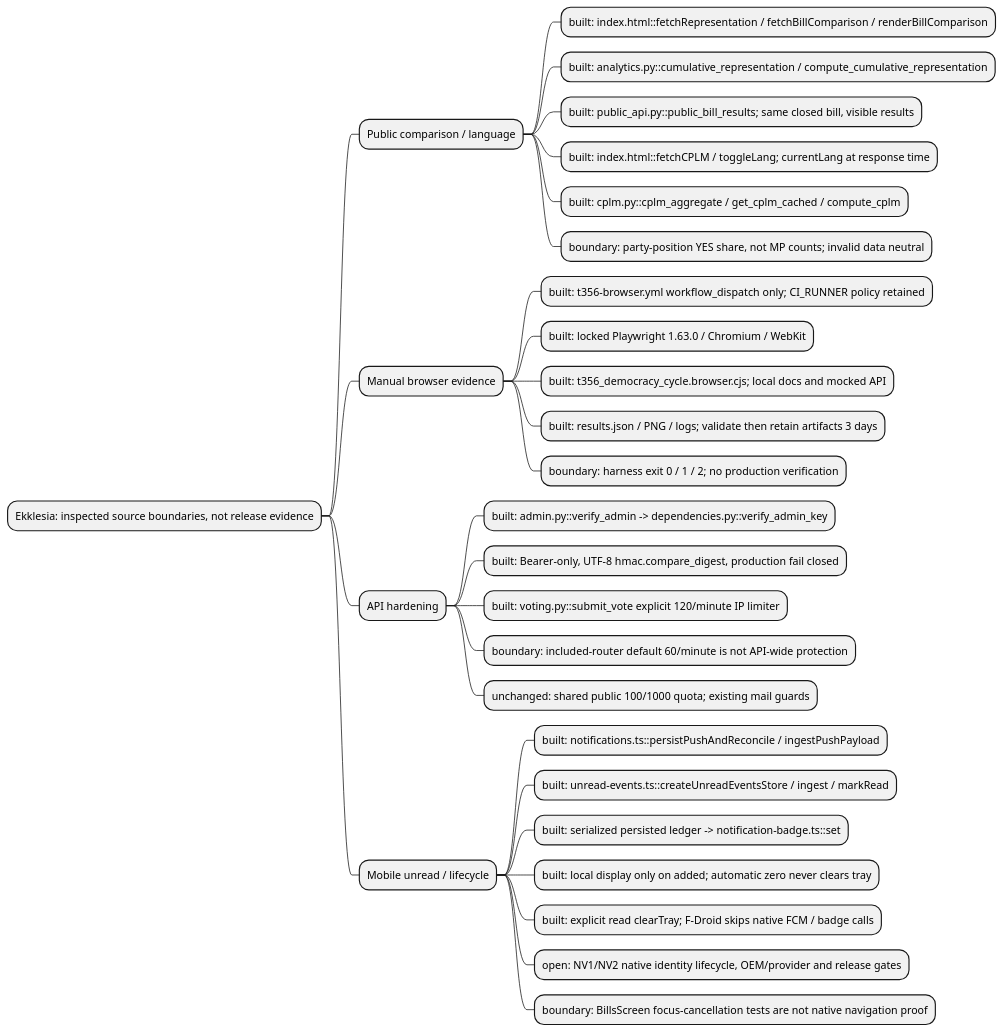
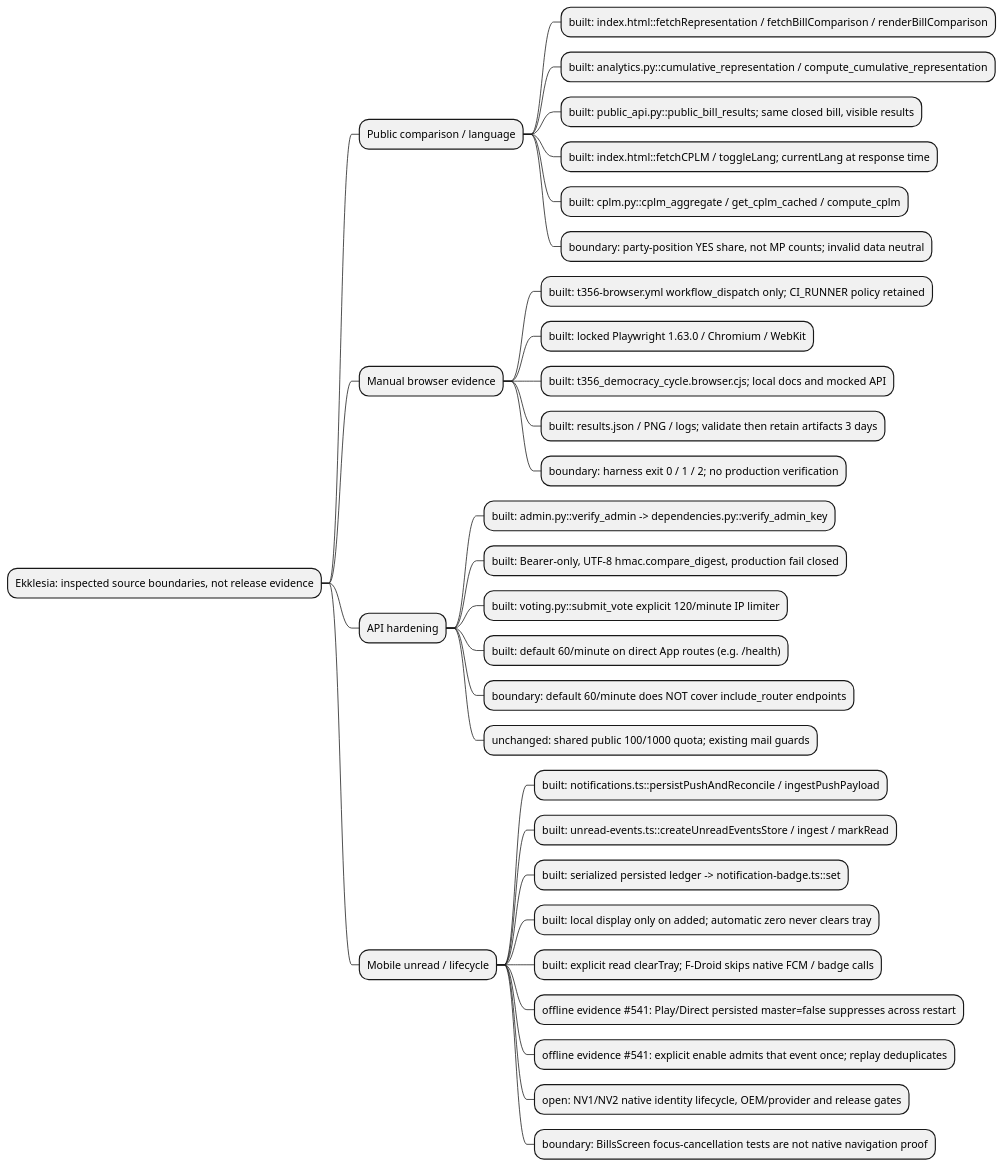
Diagram 41 of 42 in docs/architecture/map.puml (NeaBouli/pnyx), drawn with PlantUML before and after one commit. The commit also changed other lines of this file and 3 other files, not shown here.

Commit message:
docs: include #541 and clarify direct-route rate limits; keep status local

```diff
--- a/docs/architecture/map.puml
+++ b/docs/architecture/map.puml
@@ -864,30 +864,33 @@
 @startmindmap T9055_source_mindmap
 * Ekklesia: inspected source boundaries, not release evidence
 ** Public comparison / language
 *** built: index.html::fetchRepresentation / fetchBillComparison / renderBillComparison
 *** built: analytics.py::cumulative_representation / compute_cumulative_representation
 *** built: public_api.py::public_bill_results; same closed bill, visible results
 *** built: index.html::fetchCPLM / toggleLang; currentLang at response time
 *** built: cplm.py::cplm_aggregate / get_cplm_cached / compute_cplm
 *** boundary: party-position YES share, not MP counts; invalid data neutral
 ** Manual browser evidence
 *** built: t356-browser.yml workflow_dispatch only; CI_RUNNER policy retained
 *** built: locked Playwright 1.63.0 / Chromium / WebKit
 *** built: t356_democracy_cycle.browser.cjs; local docs and mocked API
 *** built: results.json / PNG / logs; validate then retain artifacts 3 days
 *** boundary: harness exit 0 / 1 / 2; no production verification
 ** API hardening
 *** built: admin.py::verify_admin -> dependencies.py::verify_admin_key
 *** built: Bearer-only, UTF-8 hmac.compare_digest, production fail closed
 *** built: voting.py::submit_vote explicit 120/minute IP limiter
-*** boundary: included-router default 60/minute is not API-wide protection
+*** built: default 60/minute on direct App routes (e.g. /health)
+*** boundary: default 60/minute does NOT cover include_router endpoints
 *** unchanged: shared public 100/1000 quota; existing mail guards
 ** Mobile unread / lifecycle
 *** built: notifications.ts::persistPushAndReconcile / ingestPushPayload
 *** built: unread-events.ts::createUnreadEventsStore / ingest / markRead
 *** built: serialized persisted ledger -> notification-badge.ts::set
 *** built: local display only on added; automatic zero never clears tray
 *** built: explicit read clearTray; F-Droid skips native FCM / badge calls
+*** offline evidence #541: Play/Direct persisted master=false suppresses across restart
+*** offline evidence #541: explicit enable admits that event once; replay deduplicates
 *** open: NV1/NV2 native identity lifecycle, OEM/provider and release gates
 *** boundary: BillsScreen focus-cancellation tests are not native navigation proof
 @endmindmap
```
